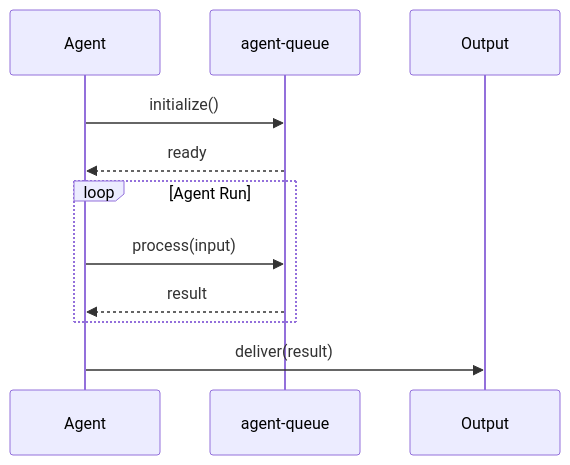
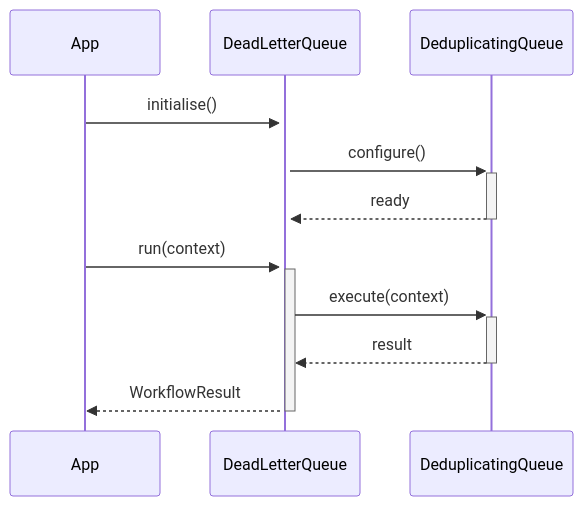
The second of 2 diagrams in README.md (darshjme/agent-queue), drawn with Mermaid before and after one commit. The commit also changed other lines of this file and 1 other file, not shown here.

````diff
--- a/README.md
+++ b/README.md
@@ -72,16 +102,14 @@
 ```mermaid
 sequenceDiagram
-    participant Agent
-    participant AgentQueue as agent-queue
-    participant Output
+    participant App
+    participant DeadLetterQueue
+    participant DeduplicatingQueue
 
-    Agent->>AgentQueue: initialize()
-    AgentQueue-->>Agent: ready
-
-    loop Agent Run
-        Agent->>AgentQueue: process(input)
-        AgentQueue-->>Agent: result
-    end
-
-    Agent->>Output: deliver(result)
+    App->>+DeadLetterQueue: initialise()
+    DeadLetterQueue->>+DeduplicatingQueue: configure()
+    DeduplicatingQueue-->>-DeadLetterQueue: ready
+    App->>+DeadLetterQueue: run(context)
+    DeadLetterQueue->>+DeduplicatingQueue: execute(context)
+    DeduplicatingQueue-->>-DeadLetterQueue: result
+    DeadLetterQueue-->>-App: WorkflowResult
 ```
````
